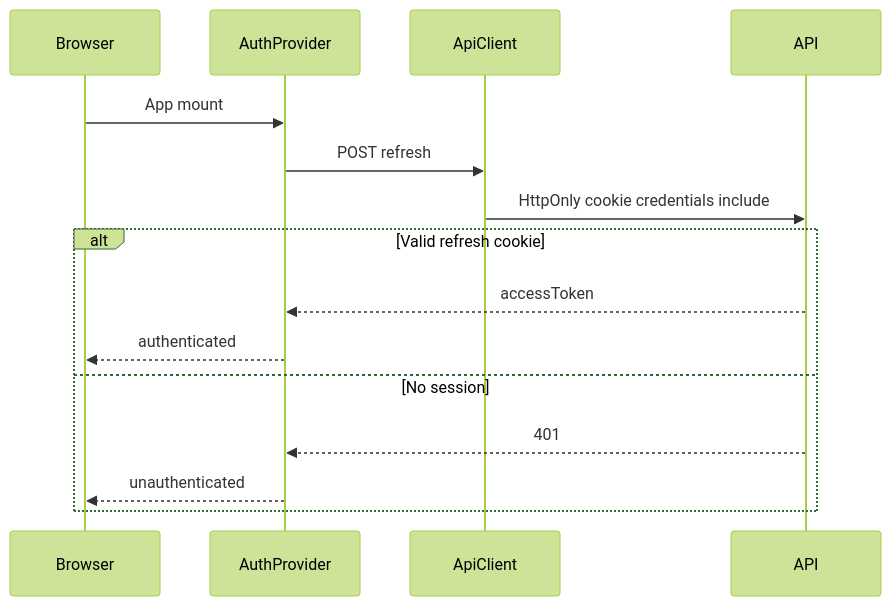
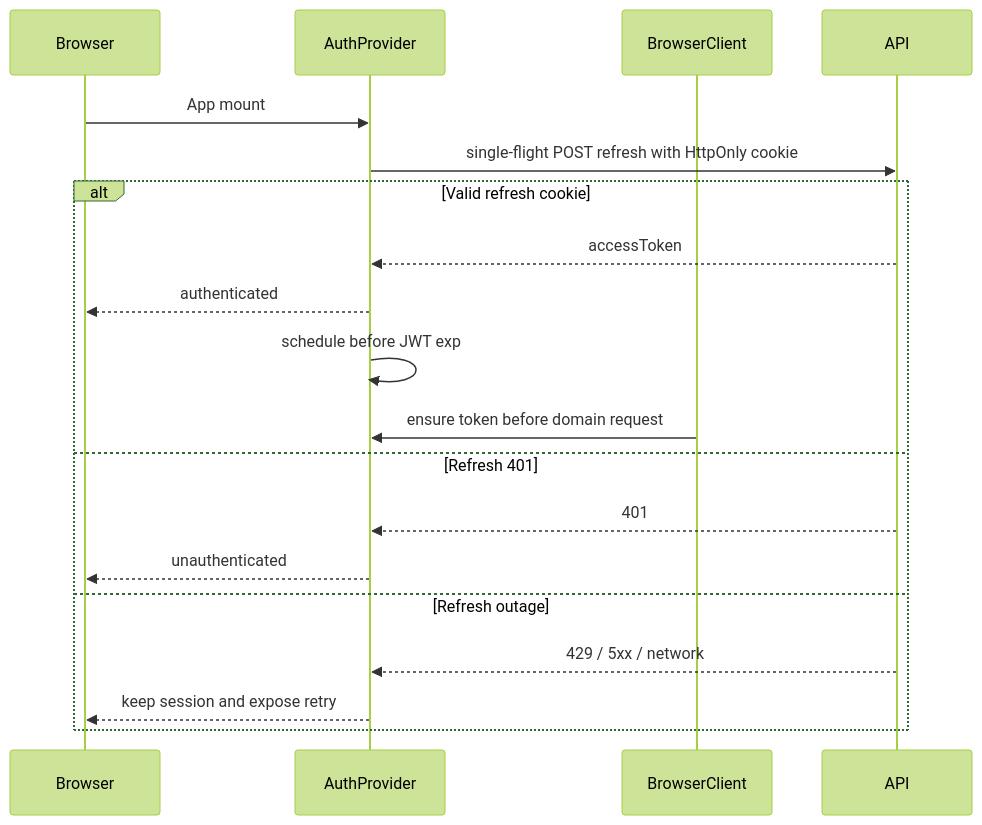
The second of 2 diagrams in docs/architecture/ARCHITECTURE.md (raouf-b-dev/ecommerce-store-web), drawn with Mermaid (forest theme) before and after one commit. The commit also changed other lines of this file, not shown here.

First line of the commit message:
Refactor Architecture Documentation and Enhance Session Management

````diff
--- a/docs/architecture/ARCHITECTURE.md
+++ b/docs/architecture/ARCHITECTURE.md
@@ -65,18 +69,22 @@
 ```mermaid
 sequenceDiagram
     participant Browser
     participant AuthProvider
-    participant ApiClient
+    participant BrowserClient
     participant API
 
     Browser->>AuthProvider: App mount
-    AuthProvider->>ApiClient: POST refresh
-    ApiClient->>API: HttpOnly cookie credentials include
+    AuthProvider->>API: single-flight POST refresh with HttpOnly cookie
     alt Valid refresh cookie
         API-->>AuthProvider: accessToken
         AuthProvider-->>Browser: authenticated
-    else No session
+        AuthProvider->>AuthProvider: schedule before JWT exp
+        BrowserClient->>AuthProvider: ensure token before domain request
+    else Refresh 401
         API-->>AuthProvider: 401
         AuthProvider-->>Browser: unauthenticated
+    else Refresh outage
+        API-->>AuthProvider: 429 / 5xx / network
+        AuthProvider-->>Browser: keep session and expose retry
     end
 ```
````
